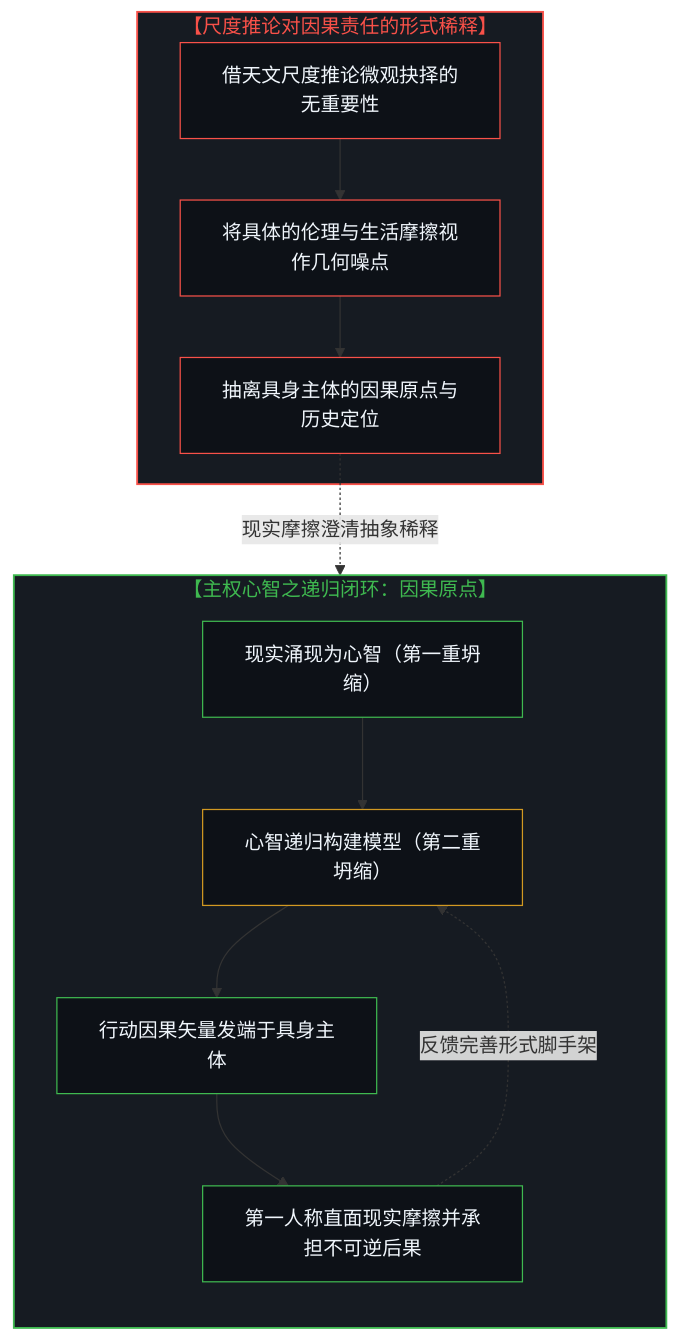
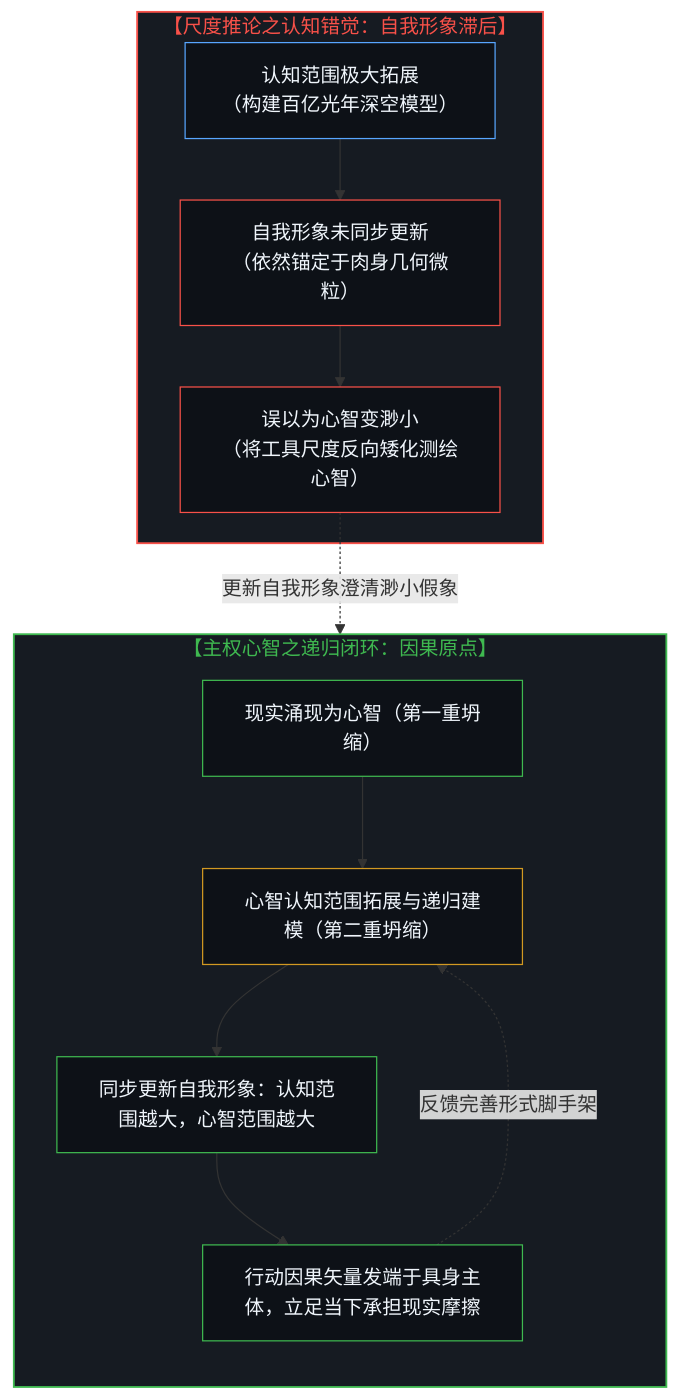
The seventh of 8 diagrams in content/posts/one-cannot-escape-ones-own-mind.md (powerpig99/not-a-toe), drawn with Mermaid before and after one commit. The commit also changed other lines of this file and 2 other files, not shown here.

Commit message:
Refine Post #332: Clarify synchronous updating of self-image and scope of mind in Section 4 and Diagram 4

````diff
--- a/content/posts/one-cannot-escape-ones-own-mind.md
+++ b/content/posts/one-cannot-escape-ones-own-mind.md
@@ -297,28 +299,27 @@
 ```mermaid
 flowchart TD
     subgraph S_RecursiveReality ["【主权心智之递归闭环：因果原点】"]
         direction TB
-        RL1["现实涌现为心智（第一重坍缩）"] --> RL2["心智递归构建模型（第二重坍缩）"]
-        RL2 --> RL3["行动因果矢量发端于具身主体"]
-        RL4["第一人称直面现实摩擦并承担不可逆后果"]
-        RL3 --> RL4
+        RL1["现实涌现为心智（第一重坍缩）"] --> RL2["心智认知范围拓展与递归建模（第二重坍缩）"]
+        RL2 --> RL3["同步更新自我形象：认知范围越大，心智范围越大"]
+        RL3 --> RL4["行动因果矢量发端于具身主体，立足当下承担现实摩擦"]
         RL4 -.->|"反馈完善形式脚手架"| RL2
     end
 
-    subgraph S_ScaleDilution ["【尺度推论对因果责任的形式稀释】"]
-        NE1["借天文尺度推论微观抉择的无重要性"] --> NE2["将具体的伦理与生活摩擦视作几何噪点"]
-        NE2 --> NE3["抽离具身主体的因果原点与历史定位"]
+    subgraph S_ScaleDilution ["【尺度推论之认知错觉：自我形象滞后】"]
+        NE1["认知范围极大拓展<br/>（构建百亿光年深空模型）"] --> NE2["自我形象未同步更新<br/>（依然锚定于肉身几何微粒）"]
+        NE2 --> NE3["误以为心智变渺小<br/>（将工具尺度反向矮化测绘心智）"]
     end
 
-    NE3 -.->|"现实摩擦澄清抽象稀释"| RL4
+    NE3 -.->|"更新自我形象澄清渺小假象"| RL3
 
     style S_RecursiveReality fill:#161b22,stroke:#3fb950,stroke-width:1.5px,color:#3fb950
     style S_ScaleDilution fill:#161b22,stroke:#f85149,stroke-width:1.5px,color:#f85149
     style RL1 fill:#0d1117,stroke:#3fb950,stroke-width:1px,color:#f0f6fc
     style RL2 fill:#0d1117,stroke:#d29922,stroke-width:1px,color:#f0f6fc
     style RL3 fill:#0d1117,stroke:#3fb950,stroke-width:1px,color:#f0f6fc
     style RL4 fill:#0d1117,stroke:#3fb950,stroke-width:1px,color:#f0f6fc
-    style NE1 fill:#0d1117,stroke:#f85149,stroke-width:1px,color:#f0f6fc
+    style NE1 fill:#0d1117,stroke:#58a6ff,stroke-width:1px,color:#f0f6fc
     style NE2 fill:#0d1117,stroke:#f85149,stroke-width:1px,color:#f0f6fc
     style NE3 fill:#0d1117,stroke:#f85149,stroke-width:1px,color:#f0f6fc
 ```
````
